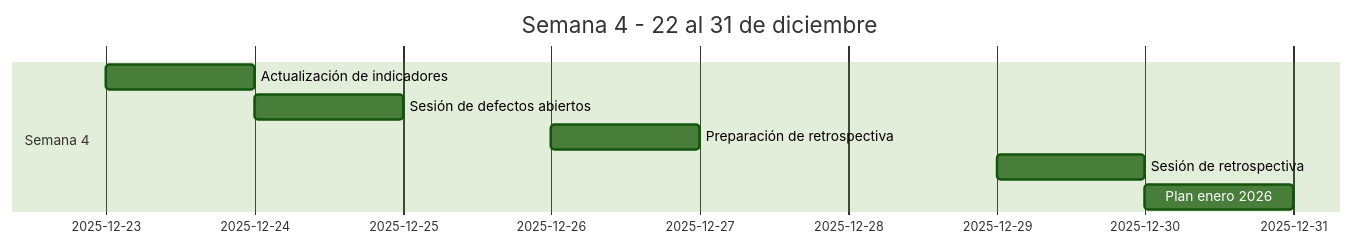
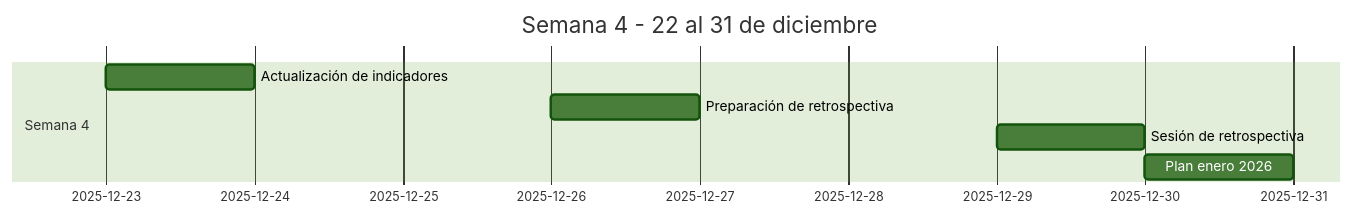
Before and after one commit to vlarrea68/REPO_VLP_DIC_25: the fifth of 5 diagrams in docs/entregables_dic_2025/02_plan_trabajo_pruebas_musems.md, drawn with Mermaid (forest theme). The commit also changed other lines of this file and 1 other file, not shown here.

Commit message:
20260122_3

````diff
--- a/docs/entregables_dic_2025/02_plan_trabajo_pruebas_musems.md
+++ b/docs/entregables_dic_2025/02_plan_trabajo_pruebas_musems.md
@@ -122,11 +123,10 @@
 ```mermaid
 gantt
 	dateFormat  YYYY-MM-DD
 	title Semana 4 - 22 al 31 de diciembre
 	section Semana 4
 	Actualización de indicadores    :w4a1, 2025-12-23, 1d
-	Sesión de defectos abiertos     :w4a2, 2025-12-24, 1d
-	Preparación de retrospectiva    :w4a3, 2025-12-26, 1d
-	Sesión de retrospectiva         :w4a4, 2025-12-29, 1d
-	Plan enero 2026                 :w4a5, 2025-12-30, 1d
+	Preparación de retrospectiva    :w4a2, 2025-12-26, 1d
+	Sesión de retrospectiva         :w4a3, 2025-12-29, 1d
+	Plan enero 2026                 :w4a4, 2025-12-30, 1d
 ```
````
